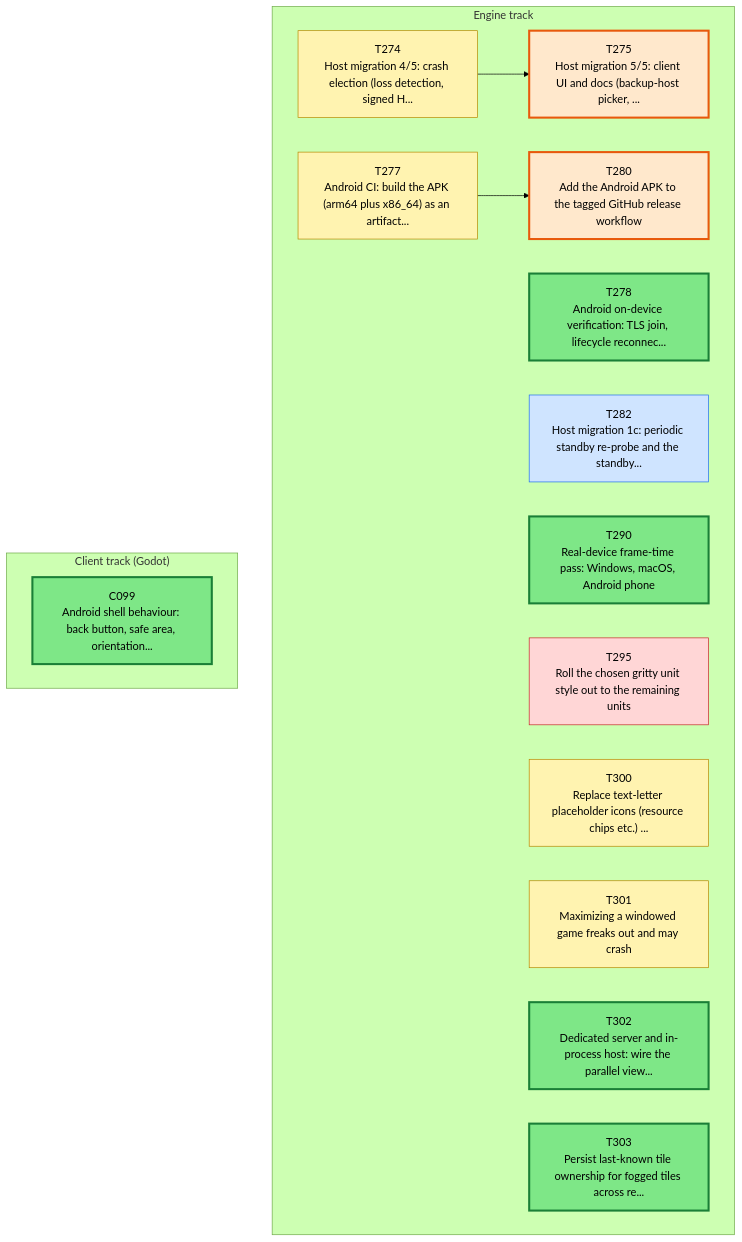
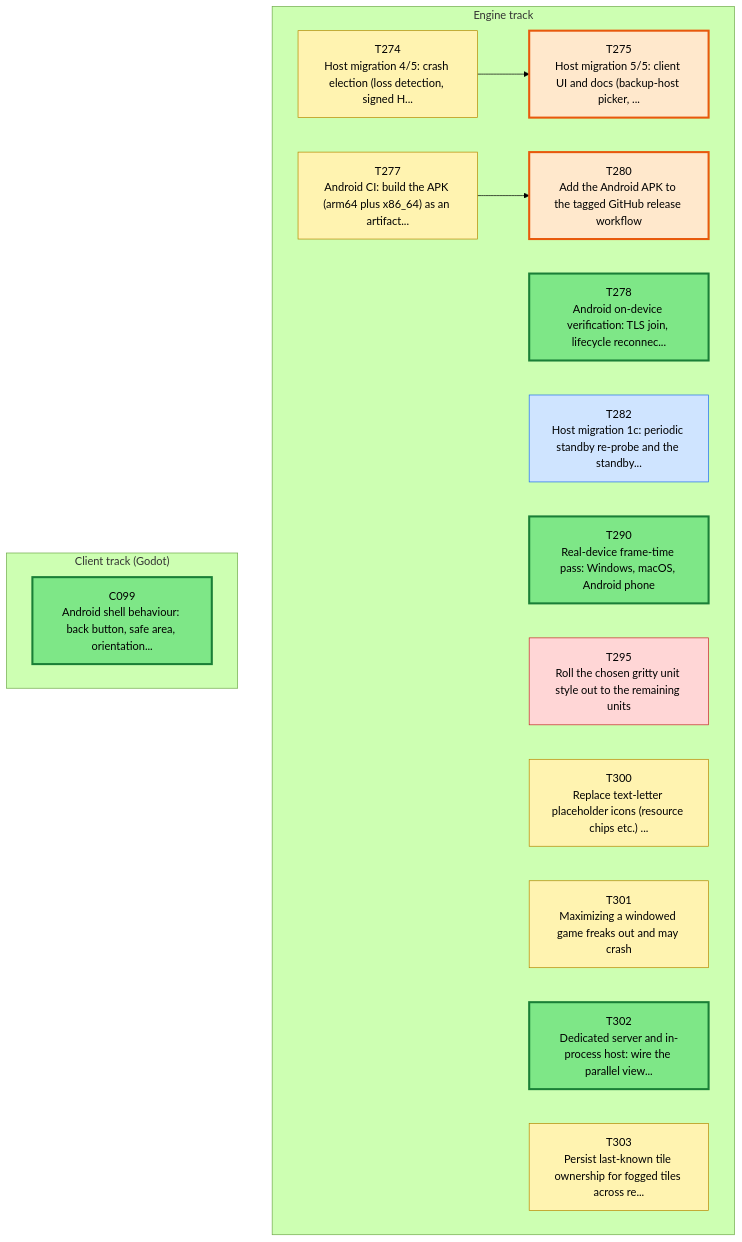
Before and after one commit to Kenmura/Unciv: the first of 3 diagrams in csharp/migration/DEPENDENCY_MAP.md, drawn with Mermaid (forest theme). The commit also changed other lines of this file and 1 other file, not shown here.

````diff
--- a/csharp/migration/DEPENDENCY_MAP.md
+++ b/csharp/migration/DEPENDENCY_MAP.md
@@ -35,42 +35,42 @@
 ```mermaid
 flowchart TD
   subgraph TTRACK["Engine track"]
     T274["T274<br/>Host migration 4/5: crash election (loss detection, signed H..."]
     T275["T275<br/>Host migration 5/5: client UI and docs (backup-host picker, ..."]
     T277["T277<br/>Android CI: build the APK (arm64 plus x86_64) as an artifact..."]
     T278["T278<br/>Android on-device verification: TLS join, lifecycle reconnec..."]
     T280["T280<br/>Add the Android APK to the tagged GitHub release workflow"]
     T282["T282<br/>Host migration 1c: periodic standby re-probe and the standby..."]
     T290["T290<br/>Real-device frame-time pass: Windows, macOS, Android phone"]
     T295["T295<br/>Roll the chosen gritty unit style out to the remaining units"]
     T300["T300<br/>Replace text-letter placeholder icons (resource chips etc.) ..."]
     T301["T301<br/>Maximizing a windowed game freaks out and may crash"]
     T302["T302<br/>Dedicated server and in-process host: wire the parallel view..."]
     T303["T303<br/>Persist last-known tile ownership for fogged tiles across re..."]
   end
   subgraph CTRACK["Client track (Godot)"]
     C099["C099<br/>Android shell behaviour: back button, safe area, orientation..."]
   end
   T274 --> T275
   T277 --> T280
   classDef waiting fill:#f3faf3,stroke:#9bc49b,color:#555,stroke-dasharray:2 2
   classDef ondeck fill:#ffe8cc,stroke:#e8590c,stroke-width:3px,color:#000
   classDef ready fill:#7ee787,stroke:#1a7f37,stroke-width:3px,color:#000
   classDef prog fill:#fff3b0,stroke:#b58900,color:#000
   classDef review fill:#cfe4ff,stroke:#1f6feb,color:#000
   classDef blocked fill:#ffd6d6,stroke:#c62828,color:#000
   classDef done fill:#eeeeee,stroke:#999999,color:#666,stroke-dasharray:4 3
   class C099 ready
   class T274 prog
   class T275 ondeck
   class T277 prog
   class T278 ready
   class T280 ondeck
   class T282 review
   class T290 ready
   class T295 blocked
   class T300 prog
   class T301 prog
   class T302 ready
-  class T303 ready
+  class T303 prog
 ```
````
